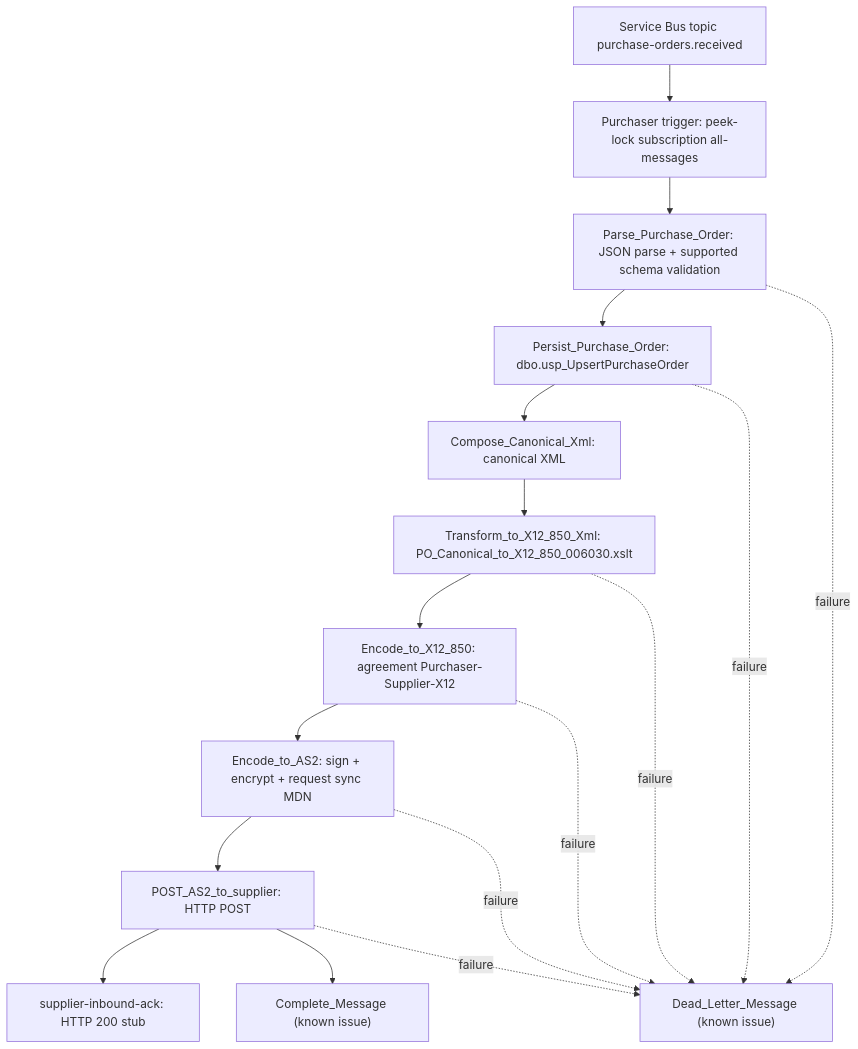
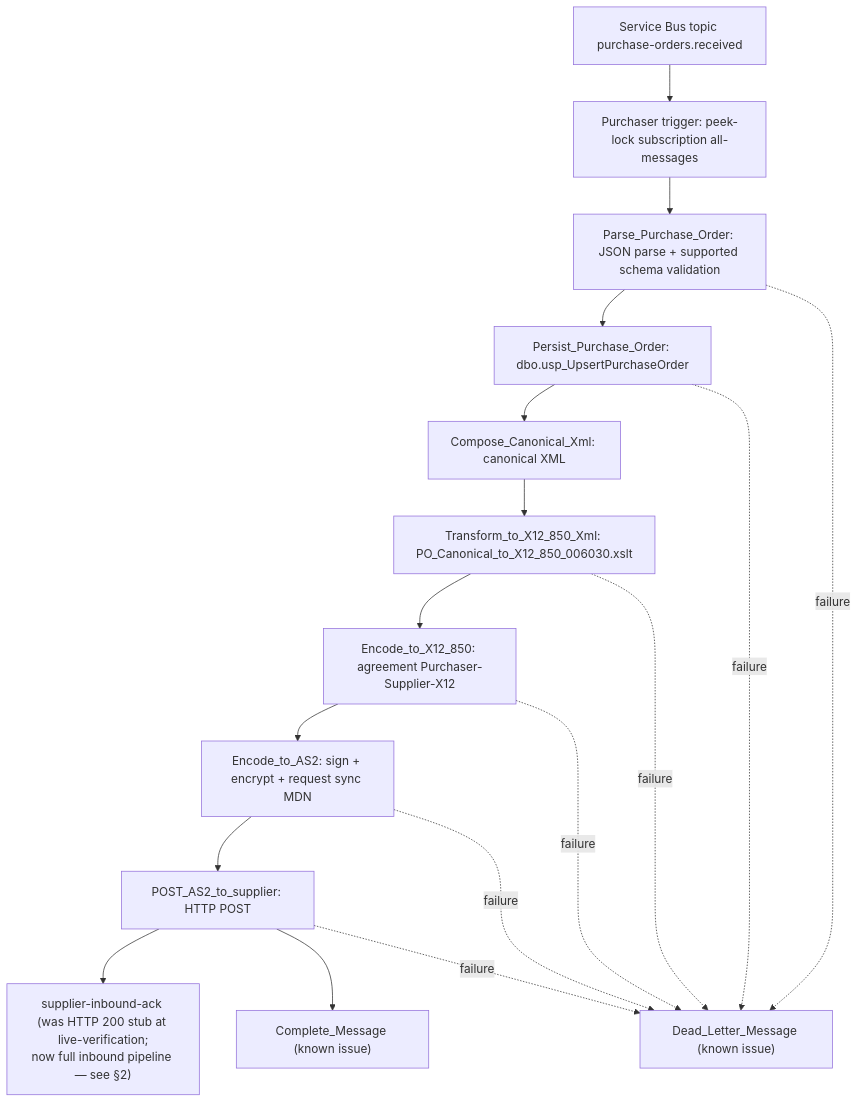
The diagram in docs/end-to-end-flow.md (christopherhouse/Azure-Logic-Apps-X12-AS2-Demo), drawn with Mermaid before and after one commit. The commit also changed other lines of this file and 6 other files, not shown here.

````diff
--- a/docs/end-to-end-flow.md
+++ b/docs/end-to-end-flow.md
@@ -7,19 +8,19 @@
 ```mermaid
 flowchart TD
     A["Service Bus topic purchase-orders.received"] --> B["Purchaser trigger: peek-lock subscription all-messages"]
     B --> C["Parse_Purchase_Order: JSON parse + supported schema validation"]
     C --> D["Persist_Purchase_Order: dbo.usp_UpsertPurchaseOrder"]
     D --> E["Compose_Canonical_Xml: canonical XML"]
     E --> F["Transform_to_X12_850_Xml: PO_Canonical_to_X12_850_006030.xslt"]
     F --> G["Encode_to_X12_850: agreement Purchaser-Supplier-X12"]
     G --> H["Encode_to_AS2: sign + encrypt + request sync MDN"]
     H --> I["POST_AS2_to_supplier: HTTP POST"]
-    I --> J["supplier-inbound-ack: HTTP 200 stub"]
+    I --> J["supplier-inbound-ack (was HTTP 200 stub at live-verification;\nnow full inbound pipeline — see §2)"]
     I --> K["Complete_Message (known issue)"]
     C -. failure .-> L["Dead_Letter_Message (known issue)"]
     D -. failure .-> L
     F -. failure .-> L
     G -. failure .-> L
     H -. failure .-> L
     I -. failure .-> L
 ```
````
